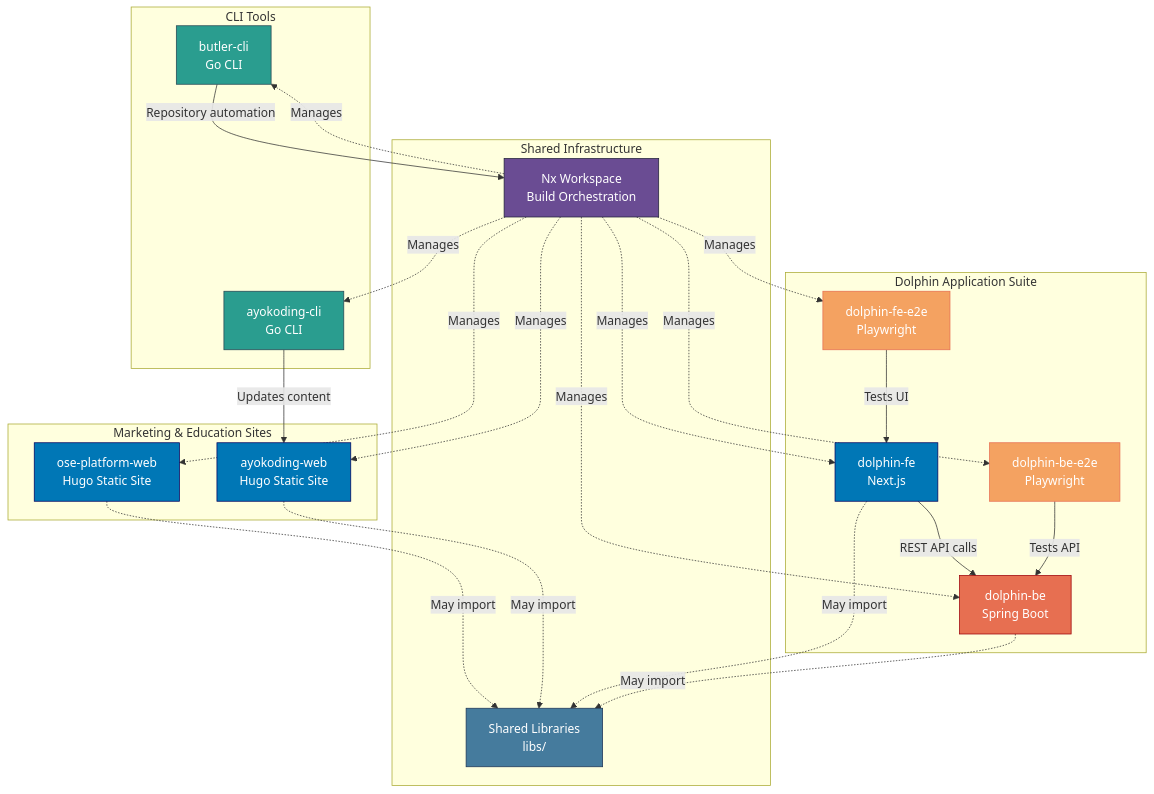
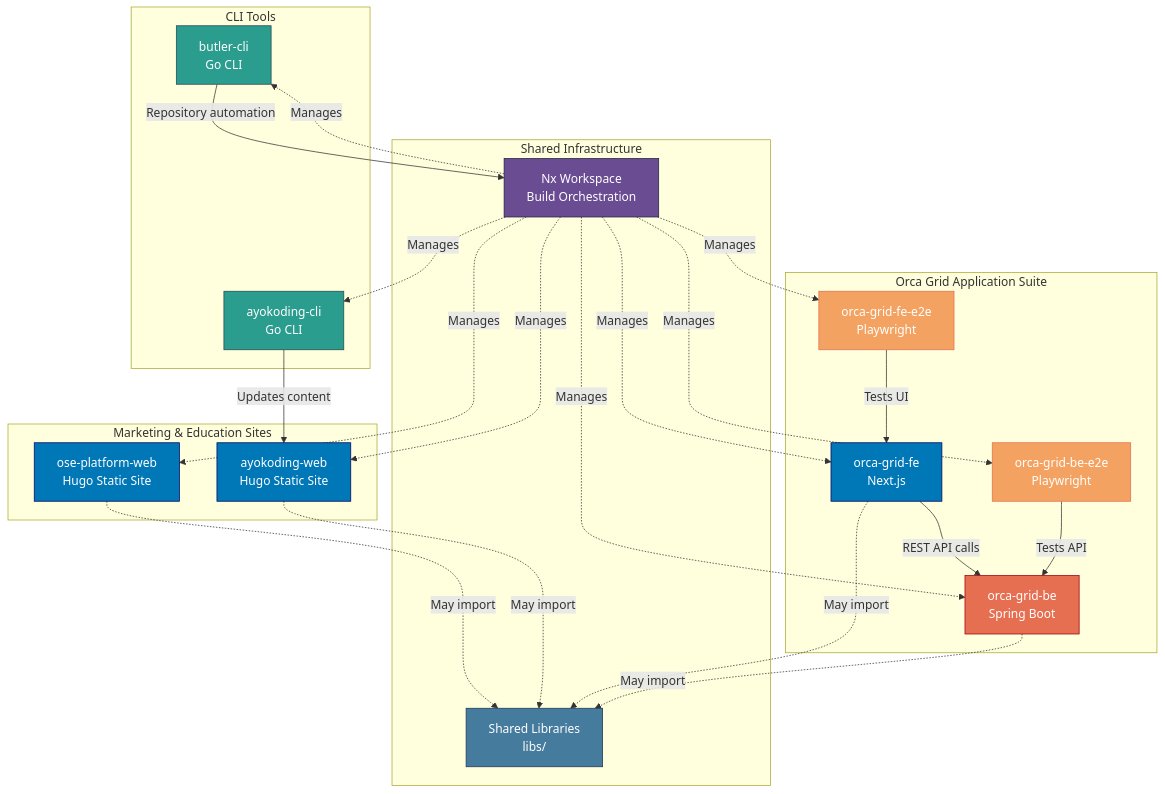
Before and after one commit to wahidyankf/open-sharia-enterprise: the second of 21 diagrams in docs/reference/re__system-architecture.md, drawn with Mermaid. The commit also changed other lines of this file and 20 other files, not shown here.

````diff
--- a/docs/reference/re__system-architecture.md
+++ b/docs/reference/re__system-architecture.md
@@ -204,56 +204,56 @@
 ```mermaid
 graph TB
     subgraph "Marketing & Education Sites"
         OSE[ose-platform-web<br/>Hugo Static Site]
         AYO[ayokoding-web<br/>Hugo Static Site]
     end
 
-    subgraph "Dolphin Application Suite"
-        DOLPHIN_FE[dolphin-fe<br/>Next.js]
-        DOLPHIN_BE[dolphin-be<br/>Spring Boot]
-        DOLPHIN_FE_E2E[dolphin-fe-e2e<br/>Playwright]
-        DOLPHIN_BE_E2E[dolphin-be-e2e<br/>Playwright]
+    subgraph "Orca Grid Application Suite"
+        ORCA_GRID_FE[orca-grid-fe<br/>Next.js]
+        ORCA_GRID_BE[orca-grid-be<br/>Spring Boot]
+        ORCA_GRID_FE_E2E[orca-grid-fe-e2e<br/>Playwright]
+        ORCA_GRID_BE_E2E[orca-grid-be-e2e<br/>Playwright]
     end
 
     subgraph "CLI Tools"
         AYOCLI[ayokoding-cli<br/>Go CLI]
         BUTLER[butler-cli<br/>Go CLI]
     end
 
     subgraph "Shared Infrastructure"
         NX[Nx Workspace<br/>Build Orchestration]
         LIBS[Shared Libraries<br/>libs/]
     end
 
     AYOCLI -->|Updates content| AYO
     BUTLER -->|Repository automation| NX
 
-    DOLPHIN_FE -->|REST API calls| DOLPHIN_BE
-    DOLPHIN_FE_E2E -->|Tests UI| DOLPHIN_FE
-    DOLPHIN_BE_E2E -->|Tests API| DOLPHIN_BE
+    ORCA_GRID_FE -->|REST API calls| ORCA_GRID_BE
+    ORCA_GRID_FE_E2E -->|Tests UI| ORCA_GRID_FE
+    ORCA_GRID_BE_E2E -->|Tests API| ORCA_GRID_BE
 
     NX -.->|Manages| OSE
     NX -.->|Manages| AYO
     NX -.->|Manages| AYOCLI
     NX -.->|Manages| BUTLER
-    NX -.->|Manages| DOLPHIN_FE
-    NX -.->|Manages| DOLPHIN_BE
-    NX -.->|Manages| DOLPHIN_FE_E2E
-    NX -.->|Manages| DOLPHIN_BE_E2E
+    NX -.->|Manages| ORCA_GRID_FE
+    NX -.->|Manages| ORCA_GRID_BE
+    NX -.->|Manages| ORCA_GRID_FE_E2E
+    NX -.->|Manages| ORCA_GRID_BE_E2E
 
     OSE -.->|May import| LIBS
     AYO -.->|May import| LIBS
-    DOLPHIN_FE -.->|May import| LIBS
-    DOLPHIN_BE -.->|May import| LIBS
+    ORCA_GRID_FE -.->|May import| LIBS
+    ORCA_GRID_BE -.->|May import| LIBS
 
     style OSE fill:#0077b6,stroke:#03045e,color:#ffffff
     style AYO fill:#0077b6,stroke:#03045e,color:#ffffff
-    style DOLPHIN_FE fill:#0077b6,stroke:#03045e,color:#ffffff
-    style DOLPHIN_BE fill:#e76f51,stroke:#9d0208,color:#ffffff
-    style DOLPHIN_FE_E2E fill:#f4a261,stroke:#e76f51,color:#ffffff
-    style DOLPHIN_BE_E2E fill:#f4a261,stroke:#e76f51,color:#ffffff
+    style ORCA_GRID_FE fill:#0077b6,stroke:#03045e,color:#ffffff
+    style ORCA_GRID_BE fill:#e76f51,stroke:#9d0208,color:#ffffff
+    style ORCA_GRID_FE_E2E fill:#f4a261,stroke:#e76f51,color:#ffffff
+    style ORCA_GRID_BE_E2E fill:#f4a261,stroke:#e76f51,color:#ffffff
     style AYOCLI fill:#2a9d8f,stroke:#264653,color:#ffffff
     style BUTLER fill:#2a9d8f,stroke:#264653,color:#ffffff
     style NX fill:#6a4c93,stroke:#22223b,color:#ffffff
     style LIBS fill:#457b9d,stroke:#1d3557,color:#ffffff
 ```
````
